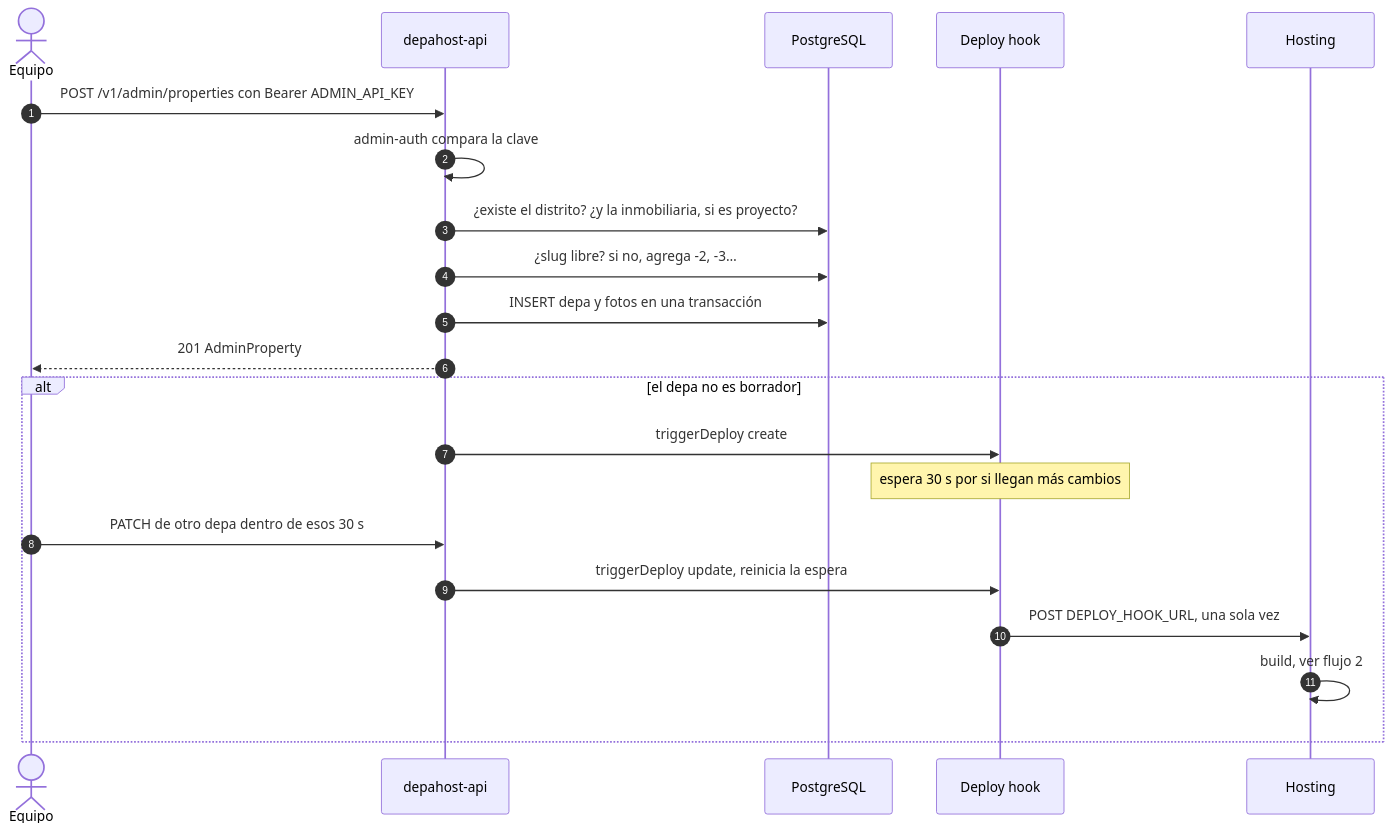
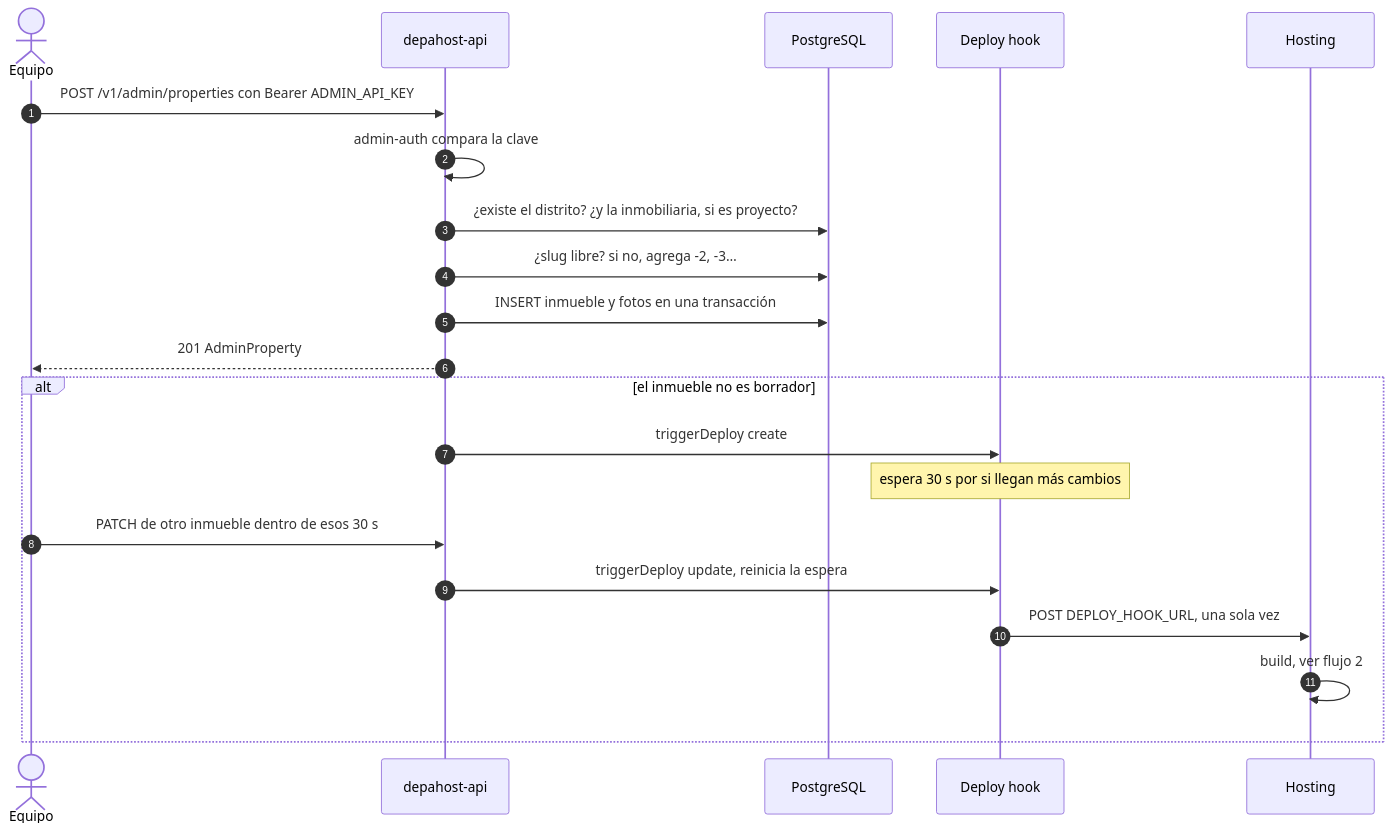
One commit to samirharrytl/DHC_landing changed the third of 18 diagrams in docs/plataforma/05-flujos.md. Above: the diagram before and after it, drawn with Mermaid. The commit also changed other lines of this file and 72 other files, not shown here.

````diff
--- a/docs/plataforma/05-flujos.md
+++ b/docs/plataforma/05-flujos.md
@@ -128,24 +128,24 @@
 ```mermaid
 sequenceDiagram
     autonumber
     actor E as Equipo
     participant API as depahost-api
     participant DB as PostgreSQL
     participant DH as Deploy hook
     participant H as Hosting
 
     E->>API: POST /v1/admin/properties con Bearer ADMIN_API_KEY
     API->>API: admin-auth compara la clave
     API->>DB: ¿existe el distrito? ¿y la inmobiliaria, si es proyecto?
     API->>DB: ¿slug libre? si no, agrega -2, -3…
-    API->>DB: INSERT depa y fotos en una transacción
+    API->>DB: INSERT inmueble y fotos en una transacción
     API-->>E: 201 AdminProperty
-    alt el depa no es borrador
+    alt el inmueble no es borrador
         API->>DH: triggerDeploy create
         Note over DH: espera 30 s por si llegan más cambios
-        E->>API: PATCH de otro depa dentro de esos 30 s
+        E->>API: PATCH de otro inmueble dentro de esos 30 s
         API->>DH: triggerDeploy update, reinicia la espera
         DH->>H: POST DEPLOY_HOOK_URL, una sola vez
         H->>H: build, ver flujo 2
     end
 ```
````
